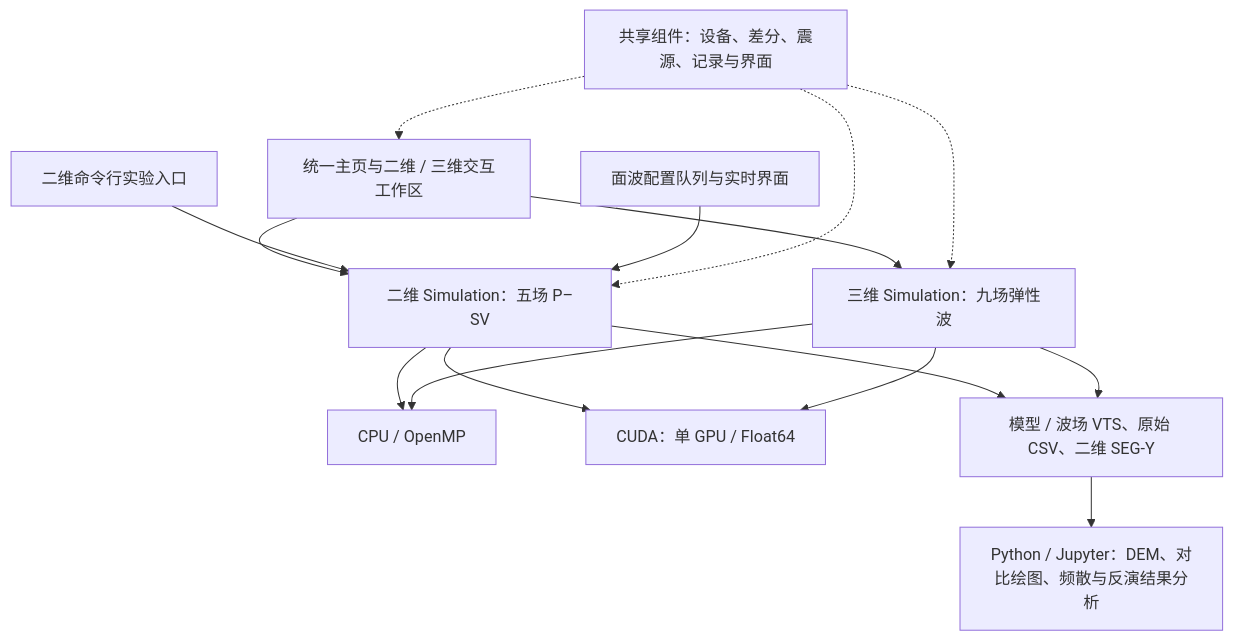
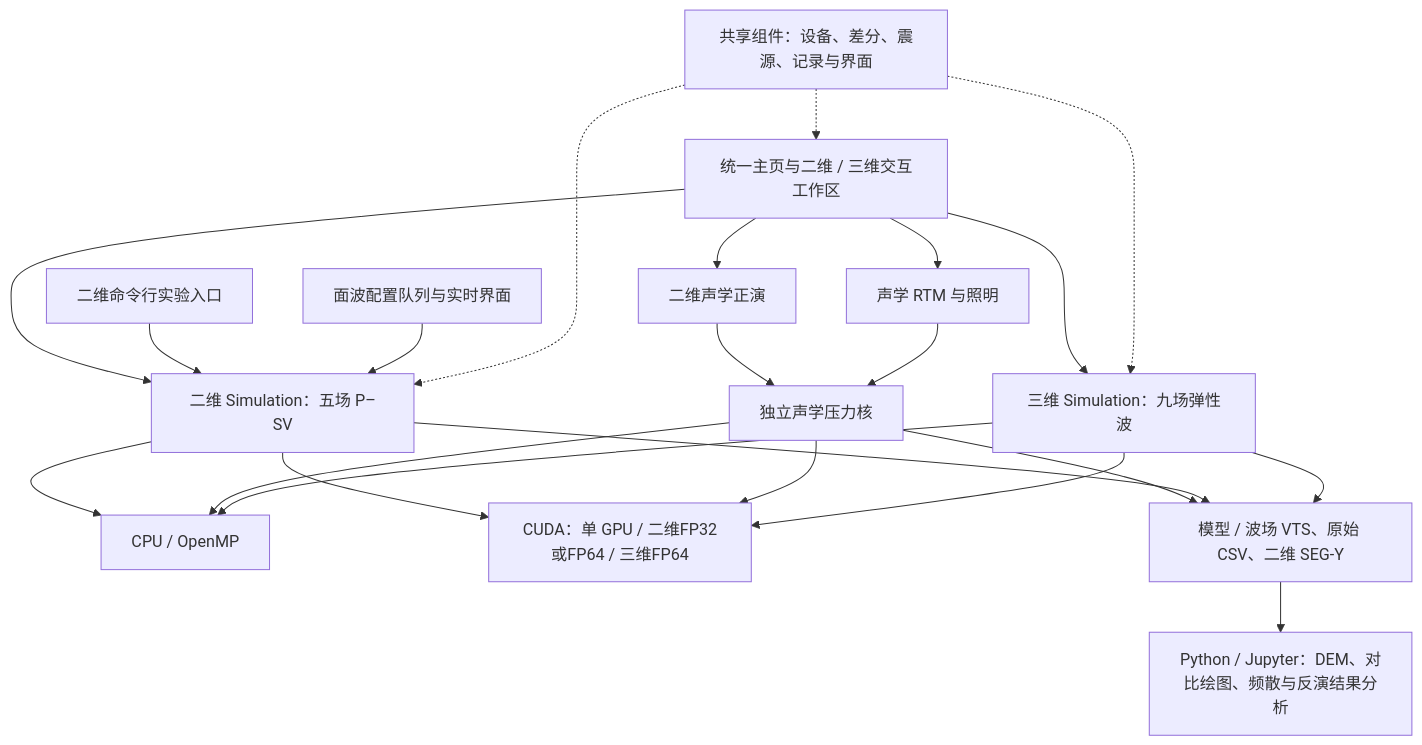
One commit to XiaoYu-1111/SeisWaveLab--Curvilinear changed the diagram in README.md. Above: the diagram before and after it, drawn with Mermaid. The commit also changed other lines of this file and 273 other files, not shown here.

````diff
--- a/README.md
+++ b/README.md
@@ -96,27 +118,37 @@
 ```mermaid
 flowchart TB
     GUI[统一主页与二维 / 三维交互工作区]
     EXP[二维命令行实验入口]
     MASW[面波配置队列与实时界面]
     S2[二维 Simulation：五场 P–SV]
+    AF[二维声学正演]
+    RTM[声学 RTM 与照明]
+    AC[独立声学压力核]
     S3[三维 Simulation：九场弹性波]
     CPU[CPU / OpenMP]
-    GPU[CUDA：单 GPU / Float64]
+    GPU[CUDA：单 GPU / 二维FP32或FP64 / 三维FP64]
     COMMON[共享组件：设备、差分、震源、记录与界面]
     DATA[模型 / 波场 VTS、原始 CSV、二维 SEG-Y]
     PY[Python / Jupyter：DEM、对比绘图、频散与反演结果分析]
     GUI --> S2
+    GUI --> AF
+    GUI --> RTM
+    AF --> AC
+    RTM --> AC
     GUI --> S3
     EXP --> S2
     MASW --> S2
     S2 --> CPU
     S2 --> GPU
+    AC --> CPU
+    AC --> GPU
+    AC --> DATA
     S3 --> CPU
     S3 --> GPU
     COMMON -.-> GUI
     COMMON -.-> S2
     COMMON -.-> S3
     S2 --> DATA
     S3 --> DATA
     DATA --> PY
 ```
````
